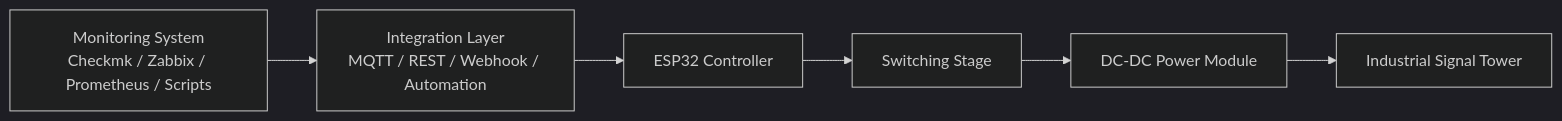
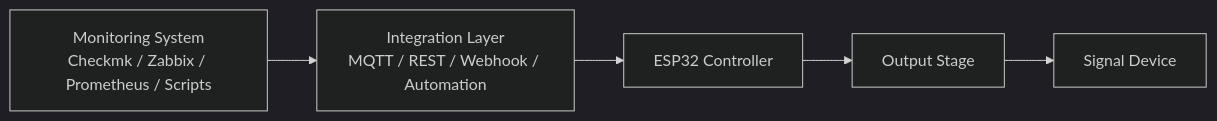
The diagram in docs/system_architecture.md (Apollonike/esp32-industrial-signal-tower), drawn with Mermaid (dark theme) before and after one commit. The commit also changed other lines of this file and 6 other files, not shown here.

````diff
--- a/docs/system_architecture.md
+++ b/docs/system_architecture.md
@@ -18,8 +18,7 @@
 ``` mermaid
 flowchart LR
     A[Monitoring System<br/>Checkmk / Zabbix / Prometheus / Scripts] --> B[Integration Layer<br/>MQTT / REST / Webhook / Automation]
     B --> C[ESP32 Controller]
-    C --> D[Switching Stage]
-    D --> E[DC-DC Power Module]
-    E --> F[Industrial Signal Tower]
+    C --> D[Output Stage]
+    D --> E[Signal Device]
 ```
````
